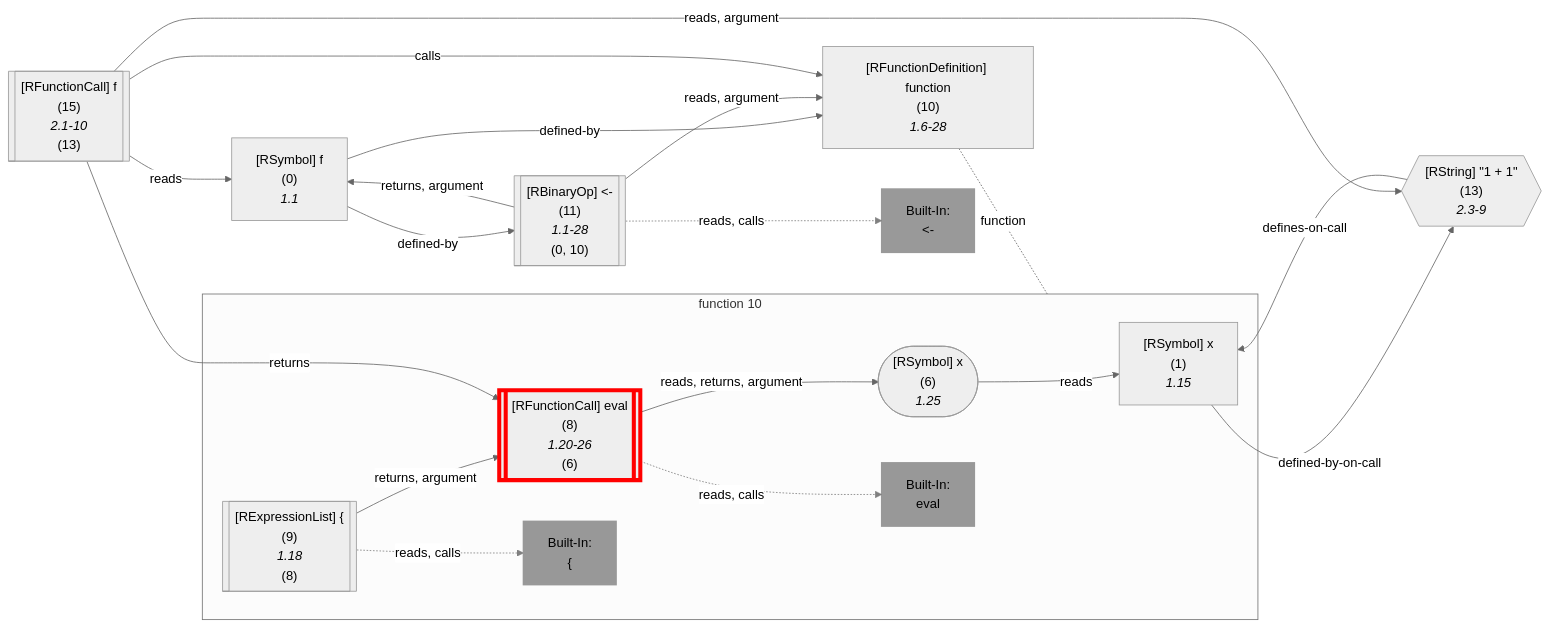
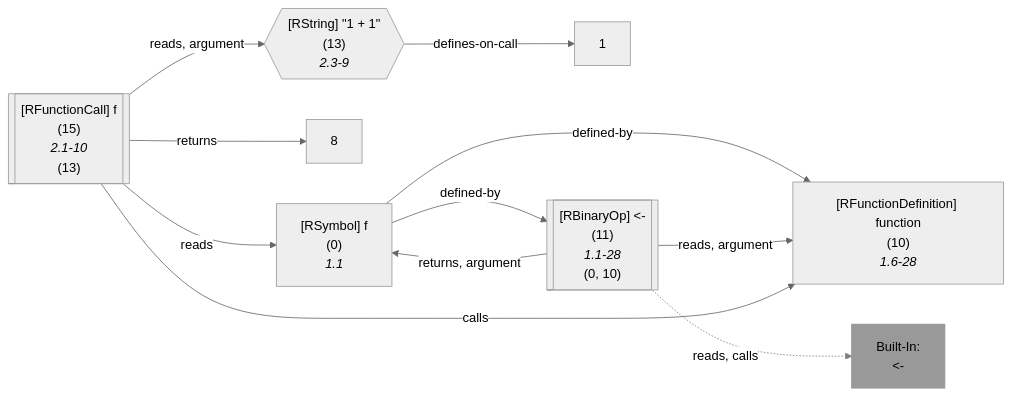
One commit to flowr-analysis/flowr changed the ninth of 21 diagrams in wiki/Query API.md. Above: the diagram before and after it, drawn with Mermaid (neutral theme). The commit also changed other lines of this file and 7 other files, not shown here.

Commit message:
[skip ci] doc: update generated wiki pages (wiki/Search API.md,wiki/Query API.md,wiki/Control Flow Graph.md,wiki/Core.md,wiki/Interface.md,wiki/Dataflow Graph.md,wiki/Linting and Testing.md,README.md)

````diff
--- a/wiki/Query API.md
+++ b/wiki/Query API.md
@@ -3866,72 +3889,39 @@
 ```mermaid
 flowchart LR
     10["`#91;RFunctionDefinition#93; function
       (10)
       *1.6-28*`"]
-
-subgraph "flow-10" [function 10]
-    1["`#91;RSymbol#93; x
-      (1)
-      *1.15*`"]
-    6(["`#91;RSymbol#93; x
-      (6)
-      *1.25*`"])
-    8[["`#91;RFunctionCall#93; eval
-      (8)
-      *1.20-26*
-    (6)`"]]
-    style 8 stroke:red,stroke-width:5px; 
-    built-in:eval["`Built-In:
-eval`"]
-    style built-in:eval stroke:gray,fill:gray,stroke-width:2px,opacity:.8;
-    9[["`#91;RExpressionList#93; #123;
-      (9)
-      *1.18*
-    (8)`"]]
-    built-in:_["`Built-In:
-#123;`"]
-    style built-in:_ stroke:gray,fill:gray,stroke-width:2px,opacity:.8;
-end
+   %% No edges found for 10
     0["`#91;RSymbol#93; f
       (0)
       *1.1*`"]
     11[["`#91;RBinaryOp#93; #60;#45;
       (11)
       *1.1-28*
     (0, 10)`"]]
     built-in:_-["`Built-In:
 #60;#45;`"]
     style built-in:_- stroke:gray,fill:gray,stroke-width:2px,opacity:.8;
     13{{"`#91;RString#93; #34;1 #43; 1#34;
       (13)
       *2.3-9*`"}}
     %% Environment of 15 [level: 0]:
     %% Built-in
     %% 809----------------------------------------
     %%   f: {**f** (id: 0, type: Function, def. @11)}
     15[["`#91;RFunctionCall#93; f
       (15)
       *2.1-10*
     (13)`"]]
-    1 -->|"defined-by-on-call"| 13
-    6 -->|"reads"| 1
-    8 -->|"reads, returns, argument"| 6
-    8 -.->|"reads, calls"| built-in:eval
-    linkStyle 3 stroke:gray;
-    9 -->|"returns, argument"| 8
-    9 -.->|"reads, calls"| built-in:_
-    linkStyle 5 stroke:gray;
-10 -.-|function| flow-10
-
     0 -->|"defined-by"| 10
     0 -->|"defined-by"| 11
     11 -->|"reads, argument"| 10
     11 -->|"returns, argument"| 0
     11 -.->|"reads, calls"| built-in:_-
-    linkStyle 11 stroke:gray;
+    linkStyle 4 stroke:gray;
     13 -->|"defines-on-call"| 1
     15 -->|"reads, argument"| 13
     15 -->|"reads"| 0
     15 -->|"returns"| 8
     15 -->|"calls"| 10
 ```
````
